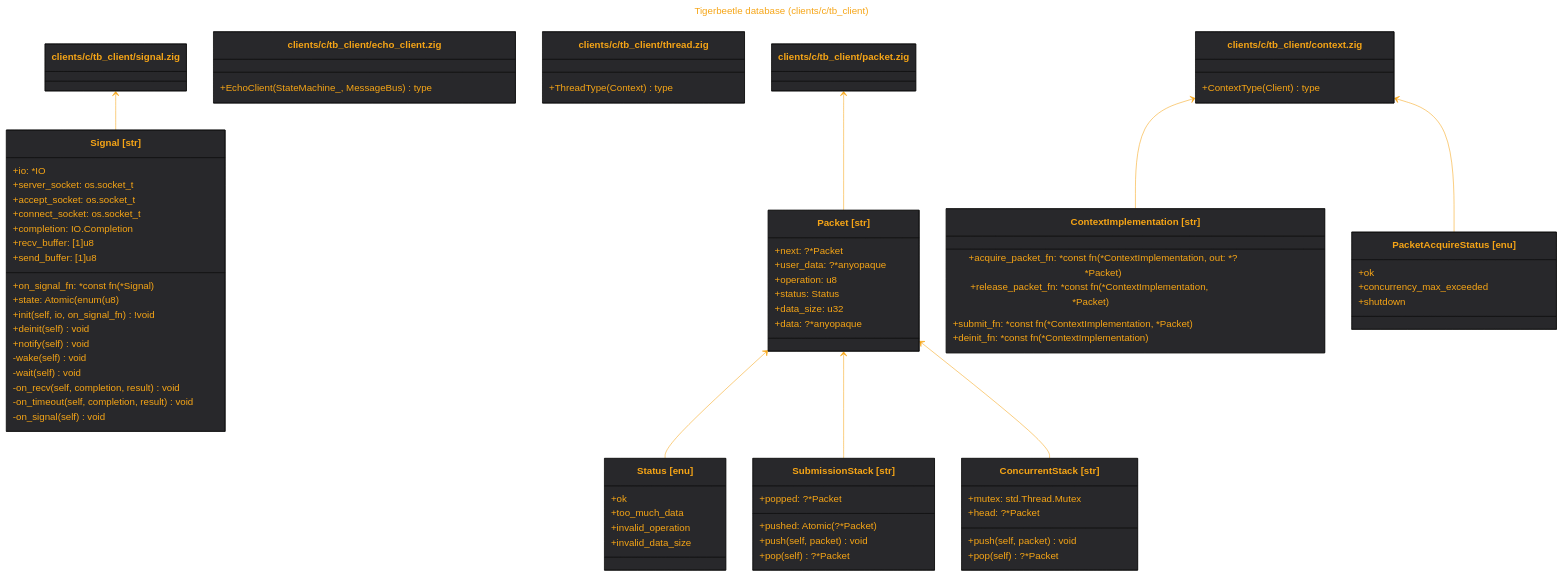
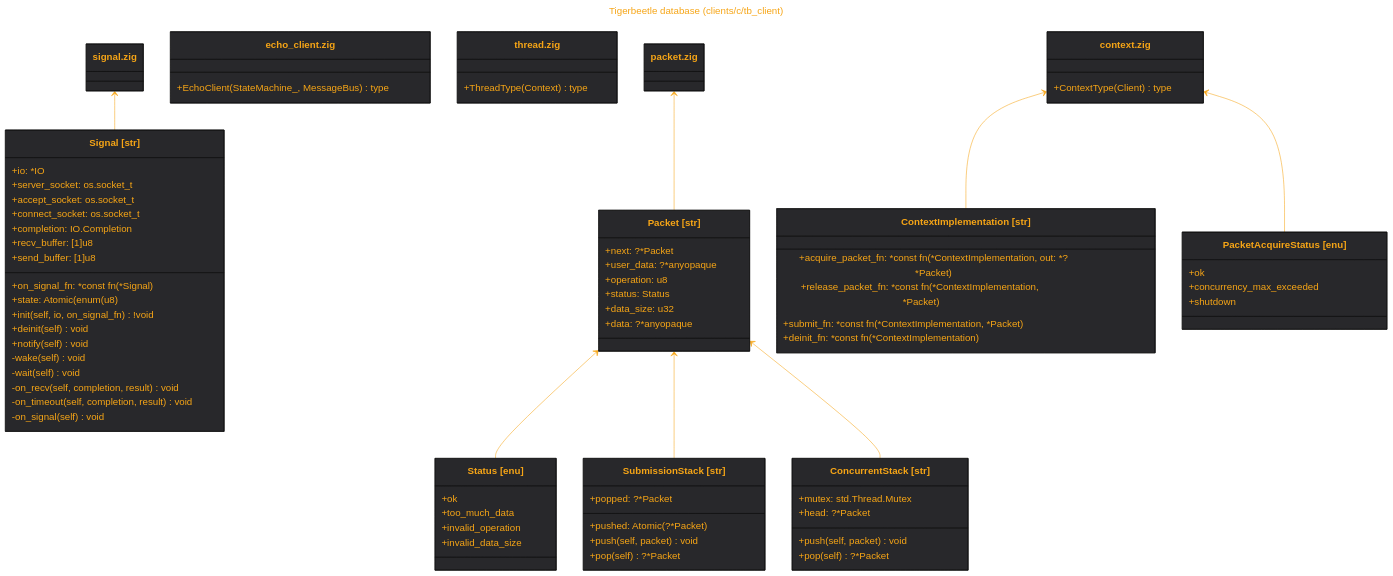
Before and after one commit to tensorush/meduza: the diagram in out/src.clients.c.tb_client.md, drawn with Mermaid. The commit also changed 21 other files, not shown here.

````diff
--- a/out/src.clients.c.tb_client.md
+++ b/out/src.clients.c.tb_client.md
@@ -35,17 +35,17 @@
     -on_signal(self) void
 }
 link Signal "https://github.com/tigerbeetle/tigerbeetle/blob/main/src/clients/c/tb_client/signal.zig#L15"
-class `clients/c/tb_client/signal.zig`
-`clients/c/tb_client/signal.zig` <-- Signal
-link `clients/c/tb_client/signal.zig` "https://github.com/tigerbeetle/tigerbeetle/blob/main/src/clients/c/tb_client/signal.zig"
-class `clients/c/tb_client/echo_client.zig` {
+class `signal.zig`
+`signal.zig` <-- Signal
+link `signal.zig` "https://github.com/tigerbeetle/tigerbeetle/blob/main/src/clients/c/tb_client/signal.zig"
+class `echo_client.zig` {
     +EchoClient(StateMachine_, MessageBus) type
 }
-link `clients/c/tb_client/echo_client.zig` "https://github.com/tigerbeetle/tigerbeetle/blob/main/src/clients/c/tb_client/echo_client.zig"
-class `clients/c/tb_client/thread.zig` {
+link `echo_client.zig` "https://github.com/tigerbeetle/tigerbeetle/blob/main/src/clients/c/tb_client/echo_client.zig"
+class `thread.zig` {
     +ThreadType(Context) type
 }
-link `clients/c/tb_client/thread.zig` "https://github.com/tigerbeetle/tigerbeetle/blob/main/src/clients/c/tb_client/thread.zig"
+link `thread.zig` "https://github.com/tigerbeetle/tigerbeetle/blob/main/src/clients/c/tb_client/thread.zig"
 class Status["Status [enu]"] {
     +ok
     +too_much_data
@@ -79,9 +79,9 @@
 Packet <-- SubmissionStack
 Packet <-- ConcurrentStack
 link Packet "https://github.com/tigerbeetle/tigerbeetle/blob/main/src/clients/c/tb_client/packet.zig#L5"
-class `clients/c/tb_client/packet.zig`
-`clients/c/tb_client/packet.zig` <-- Packet
-link `clients/c/tb_client/packet.zig` "https://github.com/tigerbeetle/tigerbeetle/blob/main/src/clients/c/tb_client/packet.zig"
+class `packet.zig`
+`packet.zig` <-- Packet
+link `packet.zig` "https://github.com/tigerbeetle/tigerbeetle/blob/main/src/clients/c/tb_client/packet.zig"
 class ContextImplementation["ContextImplementation [str]"] {
     +acquire_packet_fn: *const fn (*ContextImplementation, out: *?*Packet)
     +release_packet_fn: *const fn (*ContextImplementation, *Packet)
@@ -95,10 +95,10 @@
     +shutdown
 }
 link PacketAcquireStatus "https://github.com/tigerbeetle/tigerbeetle/blob/main/src/clients/c/tb_client/context.zig#L45"
-class `clients/c/tb_client/context.zig` {
+class `context.zig` {
     +ContextType(Client) type
 }
-`clients/c/tb_client/context.zig` <-- ContextImplementation
-`clients/c/tb_client/context.zig` <-- PacketAcquireStatus
-link `clients/c/tb_client/context.zig` "https://github.com/tigerbeetle/tigerbeetle/blob/main/src/clients/c/tb_client/context.zig"
+`context.zig` <-- ContextImplementation
+`context.zig` <-- PacketAcquireStatus
+link `context.zig` "https://github.com/tigerbeetle/tigerbeetle/blob/main/src/clients/c/tb_client/context.zig"
 ```
````
